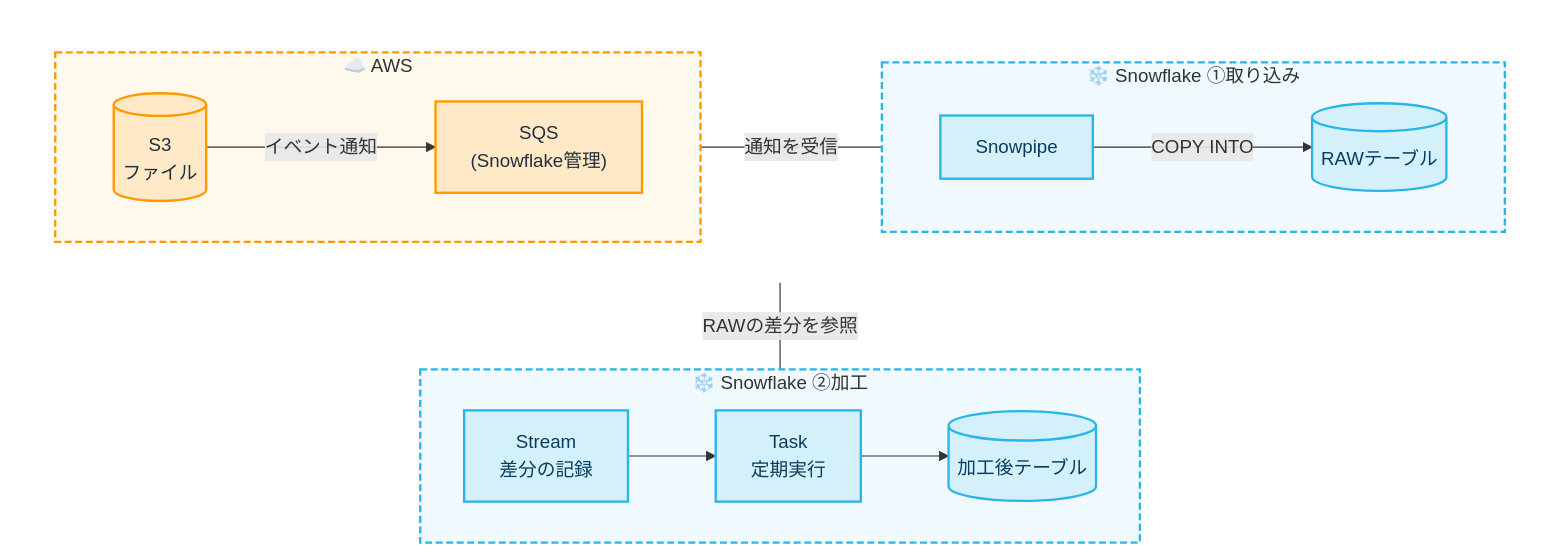
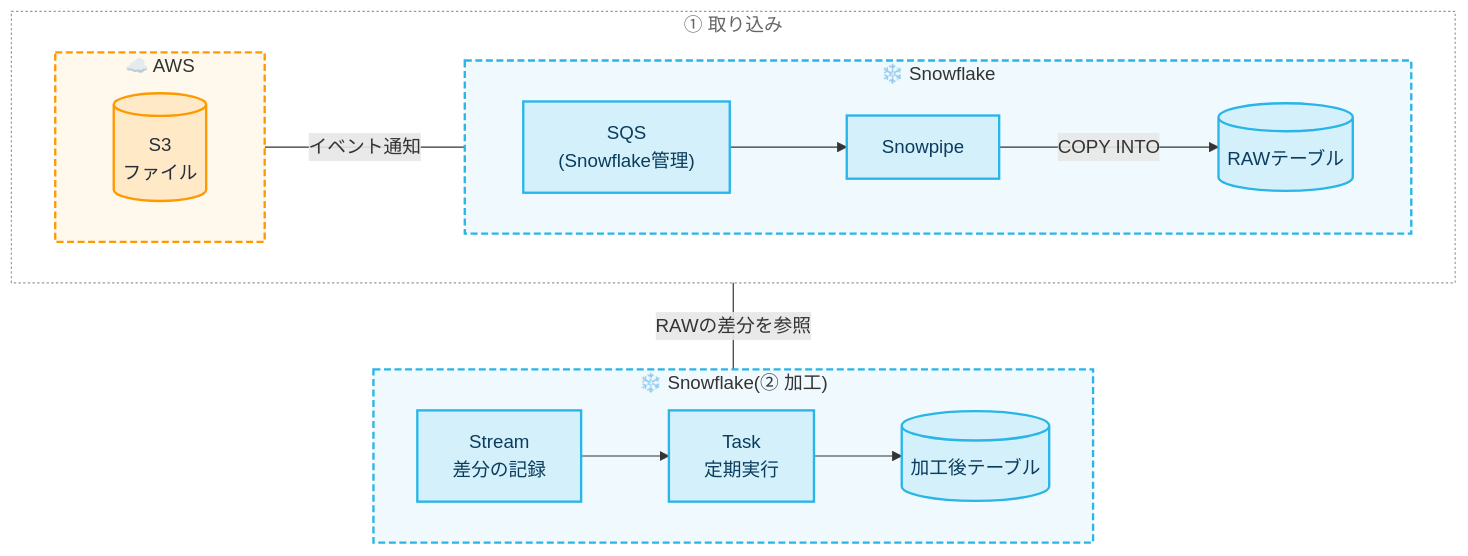
One commit to yuuu/zenn changed the diagram in articles/snowflake-snowpipe-task-intro.md. Above: the diagram before and after it, drawn with Mermaid.

Commit message:
全体像の図: SQSをSnowflake側に移し、接続の途切れを修正
Claude-Session: https://claude.ai/code/session_01KJSQWZewRAXWDtbzGypNcZ

````diff
--- a/articles/snowflake-snowpipe-task-intro.md
+++ b/articles/snowflake-snowpipe-task-intro.md
@@ -27,29 +27,29 @@
 ```mermaid
 flowchart BT
-  subgraph SF2["❄️ Snowflake ②加工"]
+  subgraph SF2["❄️ Snowflake(② 加工)"]
     direction LR
     STM["Stream<br/>差分の記録"] --> TASK["Task<br/>定期実行"] --> OUT[("加工後テーブル")]
   end
-  subgraph TOP[" "]
+  subgraph TOP["① 取り込み"]
     direction RL
-    subgraph SF1["❄️ Snowflake ①取り込み"]
+    subgraph SF1["❄️ Snowflake"]
       direction LR
-      PIPE["Snowpipe"] -->|COPY INTO| RAW[("RAWテーブル")]
+      SQS["SQS<br/>(Snowflake管理)"] --> PIPE["Snowpipe"] -->|COPY INTO| RAW[("RAWテーブル")]
     end
     subgraph AWS["☁️ AWS"]
       direction LR
-      S3[("S3<br/>ファイル")] -->|イベント通知| SQS["SQS<br/>(Snowflake管理)"]
+      S3[("S3<br/>ファイル")]
     end
-    SF1 ---|通知を受信| AWS
+    SF1 ---|イベント通知| AWS
   end
   SF2 ---|RAWの差分を参照| TOP
 
   classDef aws fill:#FFE9C7,stroke:#FF9900,stroke-width:2px,color:#232F3E
   classDef sf fill:#D4F1FB,stroke:#29B5E8,stroke-width:2px,color:#0B3C5D
-  class S3,SQS aws
-  class PIPE,RAW,STM,TASK,OUT sf
+  class S3 aws
+  class SQS,PIPE,RAW,STM,TASK,OUT sf
   style AWS fill:#FFF8EC,stroke:#FF9900,stroke-width:2px,stroke-dasharray:6 3
   style SF1 fill:#F0FAFE,stroke:#29B5E8,stroke-width:2px,stroke-dasharray:6 3
   style SF2 fill:#F0FAFE,stroke:#29B5E8,stroke-width:2px,stroke-dasharray:6 3
-  style TOP fill:none,stroke:none
+  style TOP fill:none,stroke:#999,stroke-dasharray:2 2,color:#666
 ```
````
